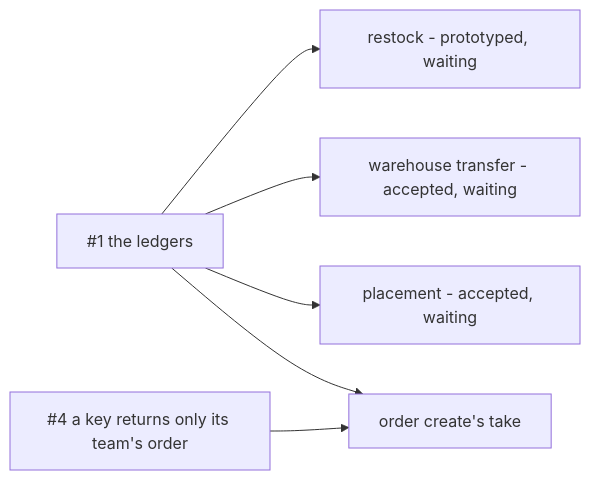
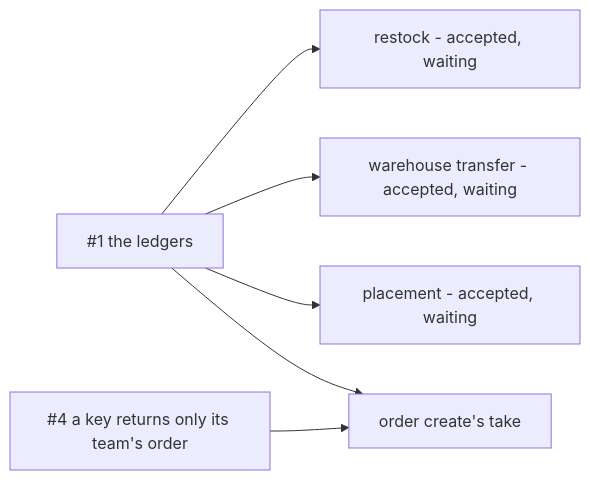
Before and after one commit to pdcgo/warehouse_revamp: the diagram in docs/biggest_question.md, drawn with Mermaid. The commit also changed other lines of this file and 9 other files, not shown here.

````diff
--- a/docs/biggest_question.md
+++ b/docs/biggest_question.md
@@ -71,8 +72,8 @@
 ```mermaid
 flowchart LR
-  L["#1 the ledgers"] --> R["restock - prototyped, waiting"]
+  L["#1 the ledgers"] --> R["restock - accepted, waiting"]
   L --> T["warehouse transfer - accepted, waiting"]
   L --> P["placement - accepted, waiting"]
   L --> O["order create's take"]
   K["#4 a key returns only its team's order"] --> O
 ```
````
